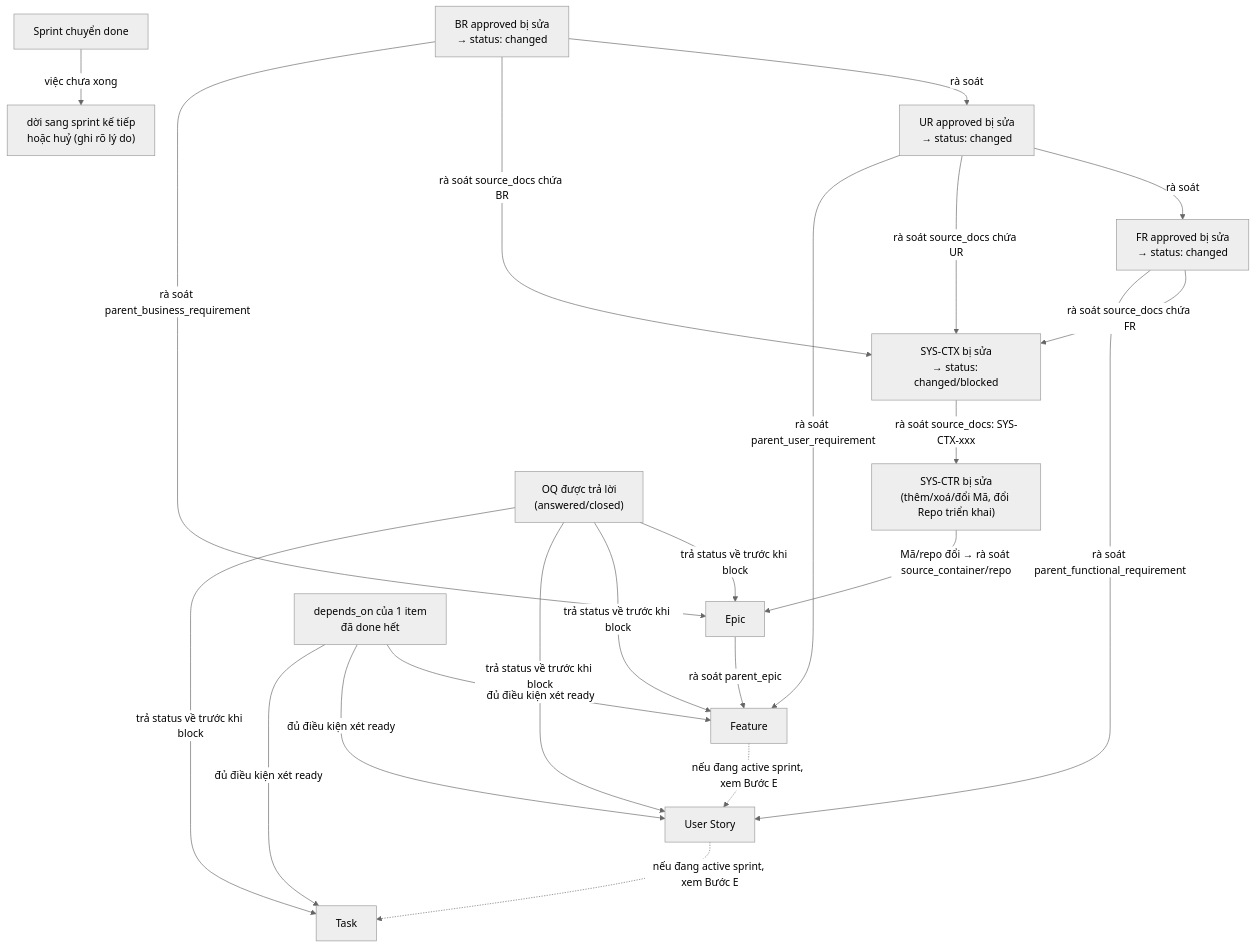
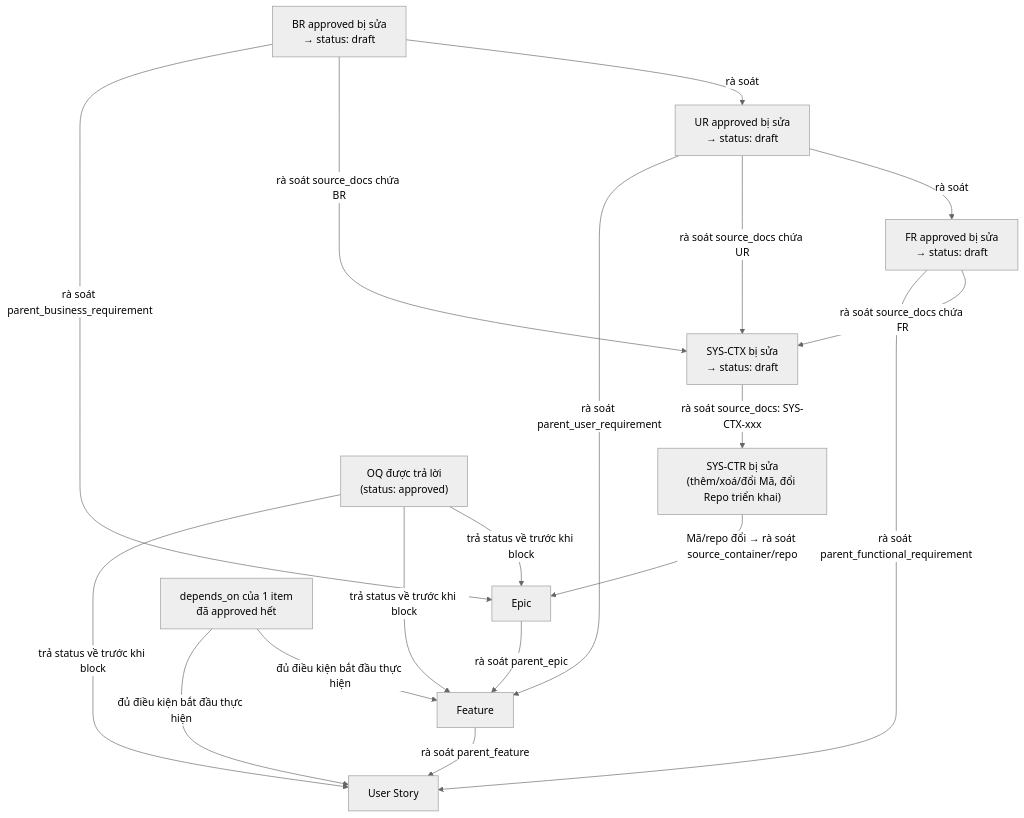
The second of 2 diagrams in AGENTS.md (elsieej/spec-kit-template), drawn with Mermaid (neutral theme) before and after one commit. The commit also changed other lines of this file and 25 other files, not shown here.

First line of the commit message:
docs(spec-kit): reshape into pure template kit — renumber docs, simplify status enum, drop Task/Sprint/Release

````diff
--- a/AGENTS.md
+++ b/AGENTS.md
@@ -207,37 +168,31 @@
 ```mermaid
 flowchart TD
-    BR["BR approved bị sửa<br/>→ status: changed"]
-    UR["UR approved bị sửa<br/>→ status: changed"]
-    FR["FR approved bị sửa<br/>→ status: changed"]
-    CTX["SYS-CTX bị sửa<br/>→ status: changed/blocked"]
+    BR["BR approved bị sửa<br/>→ status: draft"]
+    UR["UR approved bị sửa<br/>→ status: draft"]
+    FR["FR approved bị sửa<br/>→ status: draft"]
+    CTX["SYS-CTX bị sửa<br/>→ status: draft"]
     CTR["SYS-CTR bị sửa<br/>(thêm/xoá/đổi Mã, đổi Repo triển khai)"]
     EPIC["Epic"]
     FEAT["Feature"]
     US["User Story"]
-    TASK["Task"]
-    OQ["OQ được trả lời<br/>(answered/closed)"]
-    DEP["depends_on của 1 item<br/>đã done hết"]
-    SPR["Sprint chuyển done"]
+    OQ["OQ được trả lời<br/>(status: approved)"]
+    DEP["depends_on của 1 item<br/>đã approved hết"]
 
     BR -->|rà soát| UR
     BR -->|rà soát source_docs chứa BR| CTX
     BR -->|rà soát parent_business_requirement| EPIC
     UR -->|rà soát| FR
     UR -->|rà soát source_docs chứa UR| CTX
     UR -->|rà soát parent_user_requirement| FEAT
     FR -->|rà soát source_docs chứa FR| CTX
     FR -->|rà soát parent_functional_requirement| US
     CTX -->|rà soát source_docs: SYS-CTX-xxx| CTR
     CTR -->|Mã/repo đổi → rà soát source_container/repo| EPIC
     EPIC -->|rà soát parent_epic| FEAT
-    FEAT -.->|nếu đang active sprint, xem Bước E| US
-    US -.->|nếu đang active sprint, xem Bước E| TASK
+    FEAT -->|rà soát parent_feature| US
     OQ -->|trả status về trước khi block| EPIC
     OQ -->|trả status về trước khi block| FEAT
     OQ -->|trả status về trước khi block| US
-    OQ -->|trả status về trước khi block| TASK
-    DEP -->|đủ điều kiện xét ready| FEAT
-    DEP -->|đủ điều kiện xét ready| US
-    DEP -->|đủ điều kiện xét ready| TASK
-    SPR -->|việc chưa xong| SPR2["dời sang sprint kế tiếp<br/>hoặc huỷ (ghi rõ lý do)"]
+    DEP -->|đủ điều kiện bắt đầu thực hiện| FEAT
+    DEP -->|đủ điều kiện bắt đầu thực hiện| US
 ```
````
